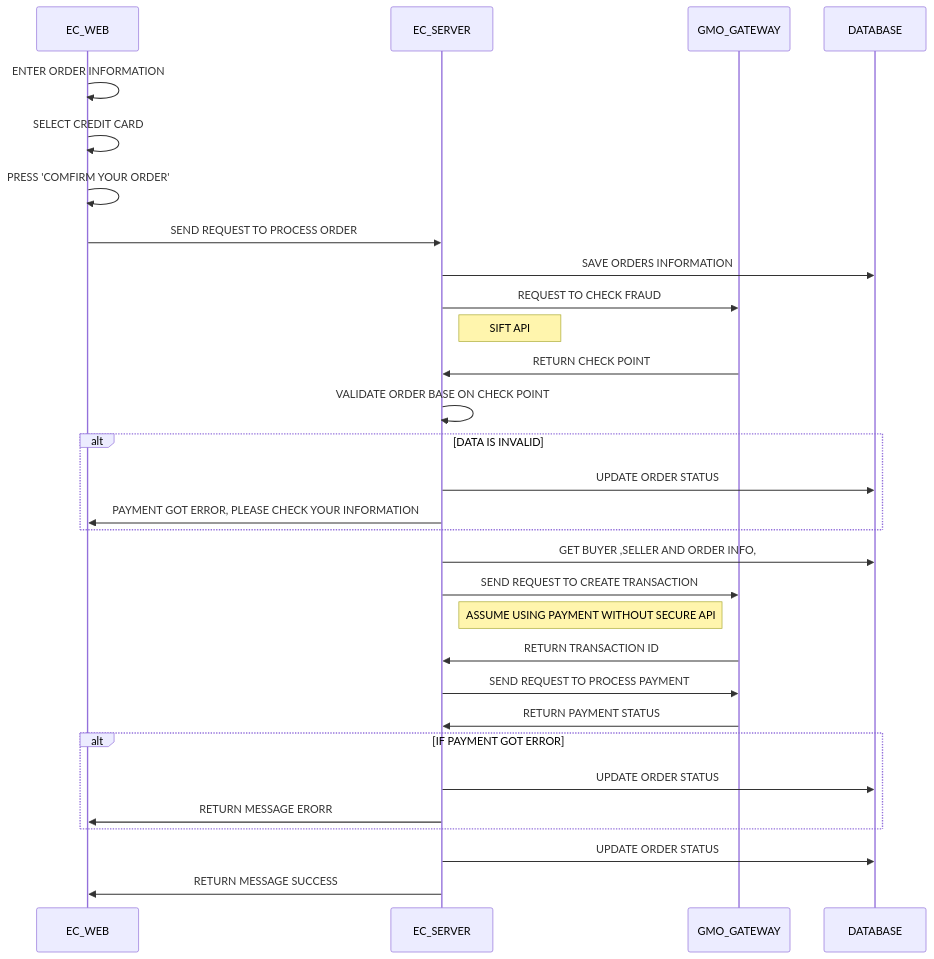
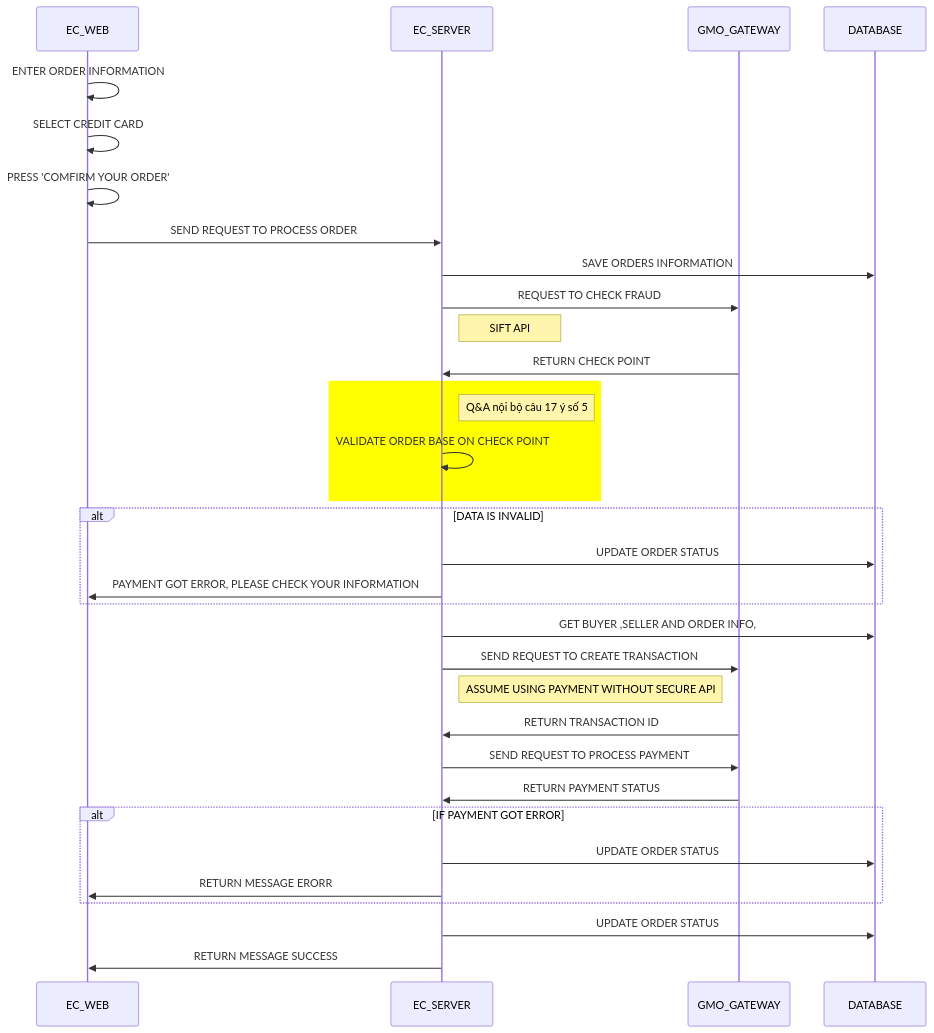
One commit to vutran260/Ecommerce-API changed the second of 4 diagrams in README.md. Above: the diagram before and after it, drawn with Mermaid. The commit also changed other lines of this file, not shown here.

Commit message:
update credit card flow

````diff
--- a/README.md
+++ b/README.md
@@ -640,37 +640,40 @@
 ```mermaid
 sequenceDiagram
     participant W AS EC_WEB
     participant SV AS EC_SERVER
     participant GG AS GMO_GATEWAY
     participant DB AS DATABASE
 
     W->>W: ENTER ORDER INFORMATION
 
     W->>W: SELECT CREDIT CARD
     W->> W: PRESS 'COMFIRM YOUR ORDER'
     W->> SV: SEND REQUEST TO PROCESS ORDER
     SV->> DB: SAVE ORDERS INFORMATION
     SV->>  GG:  REQUEST TO CHECK FRAUD
     NOTE RIGHT OF SV: SIFT API
     GG->> SV: RETURN CHECK POINT 
+    rect rgb(255,255,0)
+    NOTE RIGHT OF SV: Q&A nội bộ câu 17 ý số 5
     SV->> SV: VALIDATE ORDER BASE ON CHECK POINT
+    END
     ALT DATA IS INVALID
         SV->>DB: UPDATE ORDER STATUS
         SV ->> W: PAYMENT GOT ERROR, PLEASE CHECK YOUR INFORMATION
     END
 
     SV->>DB: GET BUYER ,SELLER AND ORDER INFO,
     SV->> GG: SEND REQUEST TO CREATE TRANSACTION
     NOTE RIGHT OF SV: ASSUME USING PAYMENT WITHOUT SECURE API
     GG->> SV: RETURN TRANSACTION ID 
     SV->> GG: SEND REQUEST TO PROCESS PAYMENT
     GG->>SV: RETURN PAYMENT STATUS
     ALT IF PAYMENT GOT ERROR
         SV->>DB: UPDATE ORDER STATUS 
         SV->> W: RETURN MESSAGE ERORR
     END
 
     SV->>DB: UPDATE ORDER STATUS
     SV->> W: RETURN MESSAGE SUCCESS
 
 ```
````
